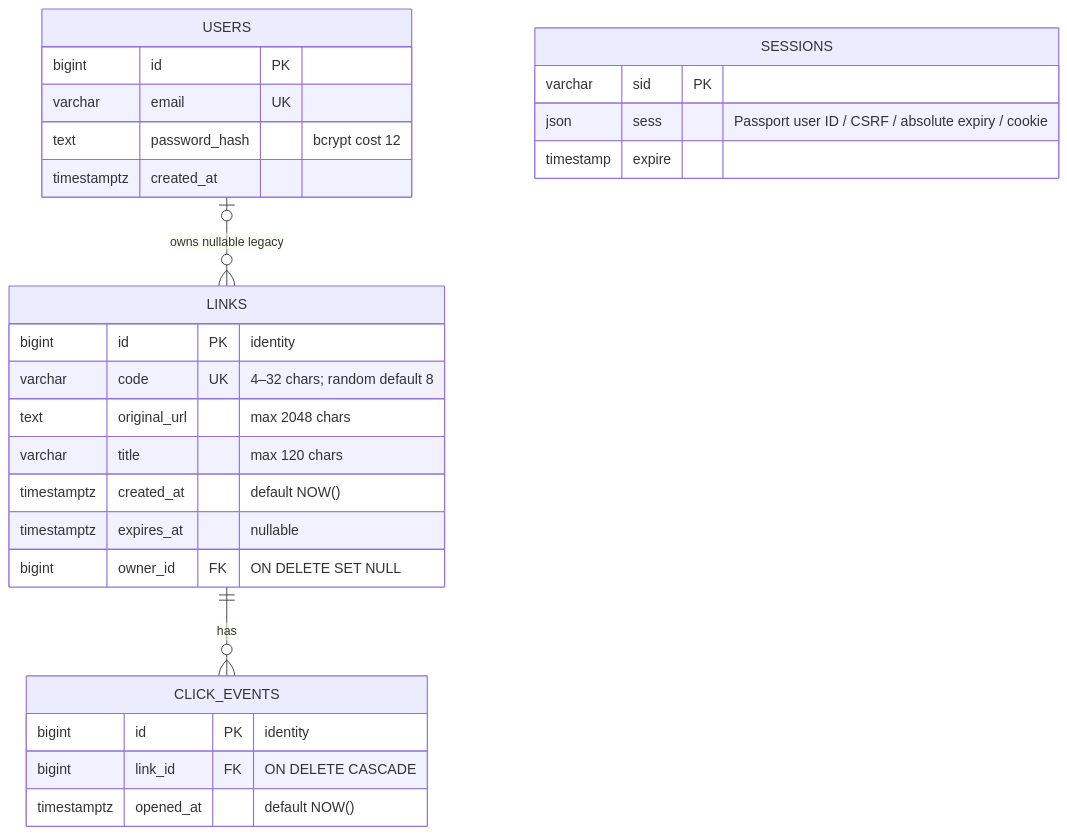
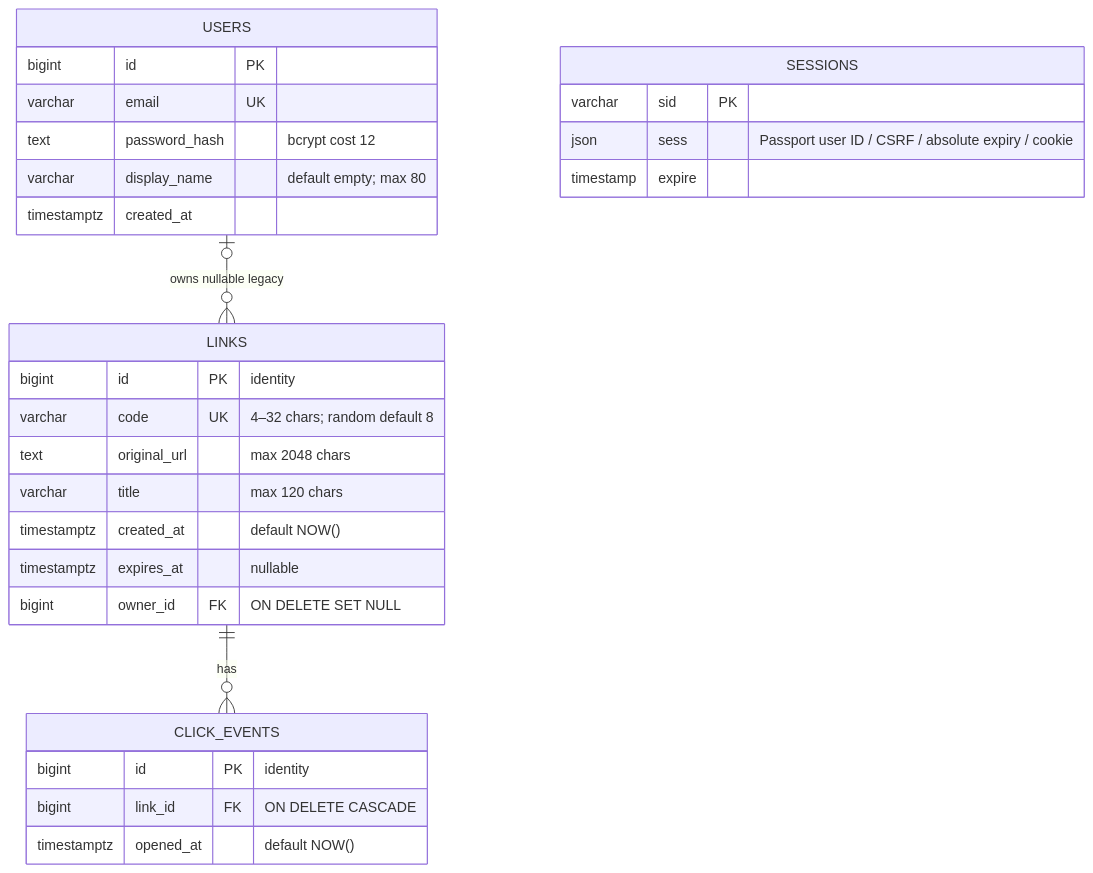
The fourth of 6 diagrams in docs/DIAGRAMS.md (nicky-wrc/short-url-system), drawn with Mermaid before and after one commit. The commit also changed other lines of this file and 12 other files, not shown here.

````diff
--- a/docs/DIAGRAMS.md
+++ b/docs/DIAGRAMS.md
@@ -89,30 +89,31 @@
 ```mermaid
 erDiagram
     USERS o|--o{ LINKS : "owns nullable legacy"
     LINKS ||--o{ CLICK_EVENTS : "has"
     LINKS {
         bigint id PK "identity"
         varchar code UK "4–32 chars; random default 8"
         text original_url "max 2048 chars"
         varchar title "max 120 chars"
         timestamptz created_at "default NOW()"
         timestamptz expires_at "nullable"
         bigint owner_id FK "ON DELETE SET NULL"
     }
     CLICK_EVENTS {
         bigint id PK "identity"
         bigint link_id FK "ON DELETE CASCADE"
         timestamptz opened_at "default NOW()"
     }
     USERS {
         bigint id PK
         varchar email UK
         text password_hash "bcrypt cost 12"
+        varchar display_name "default empty; max 80"
         timestamptz created_at
     }
     SESSIONS {
         varchar sid PK
         json sess "Passport user ID / CSRF / absolute expiry / cookie"
         timestamp expire
     }
 ```
````
